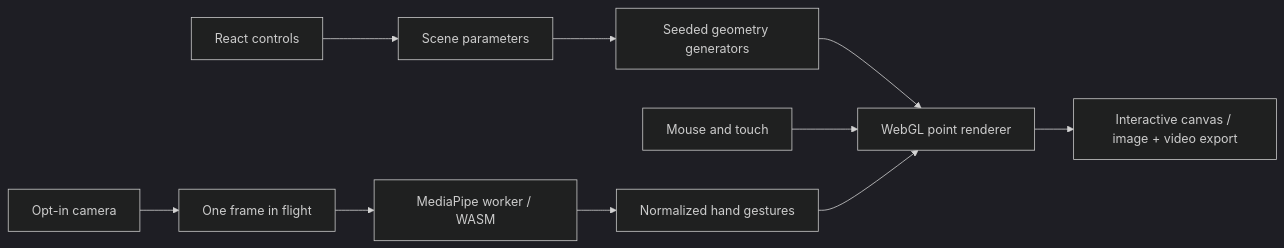
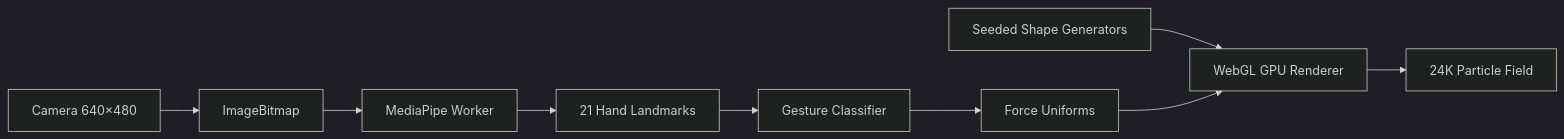
Before and after one commit to syedsaud15/gestura: the diagram in README.md, drawn with Mermaid (dark theme). The commit also changed other lines of this file and 1 other file, not shown here.

````diff
--- a/README.md
+++ b/README.md
@@ -48,12 +48,11 @@
 ```mermaid
 flowchart LR
-  UI[React controls] --> State[Scene parameters]
-  State --> Geometry[Seeded geometry generators]
-  Geometry --> GPU[WebGL point renderer]
-  Mouse[Mouse and touch] --> GPU
-  Camera[Opt-in camera] --> Bitmap[One frame in flight]
-  Bitmap --> Worker[MediaPipe worker / WASM]
-  Worker --> Gestures[Normalized hand gestures]
-  Gestures --> GPU
-  GPU --> Canvas[Interactive canvas / image + video export]
+    C[Camera 640×480] --> B[ImageBitmap]
+    B --> W[MediaPipe Worker]
+    W --> L[21 Hand Landmarks]
+    L --> G[Gesture Classifier]
+    G --> U[Force Uniforms]
+    S[Seeded Shape Generators] --> GPU[WebGL GPU Renderer]
+    U --> GPU
+    GPU --> P[24K Particle Field]
 ```
````
